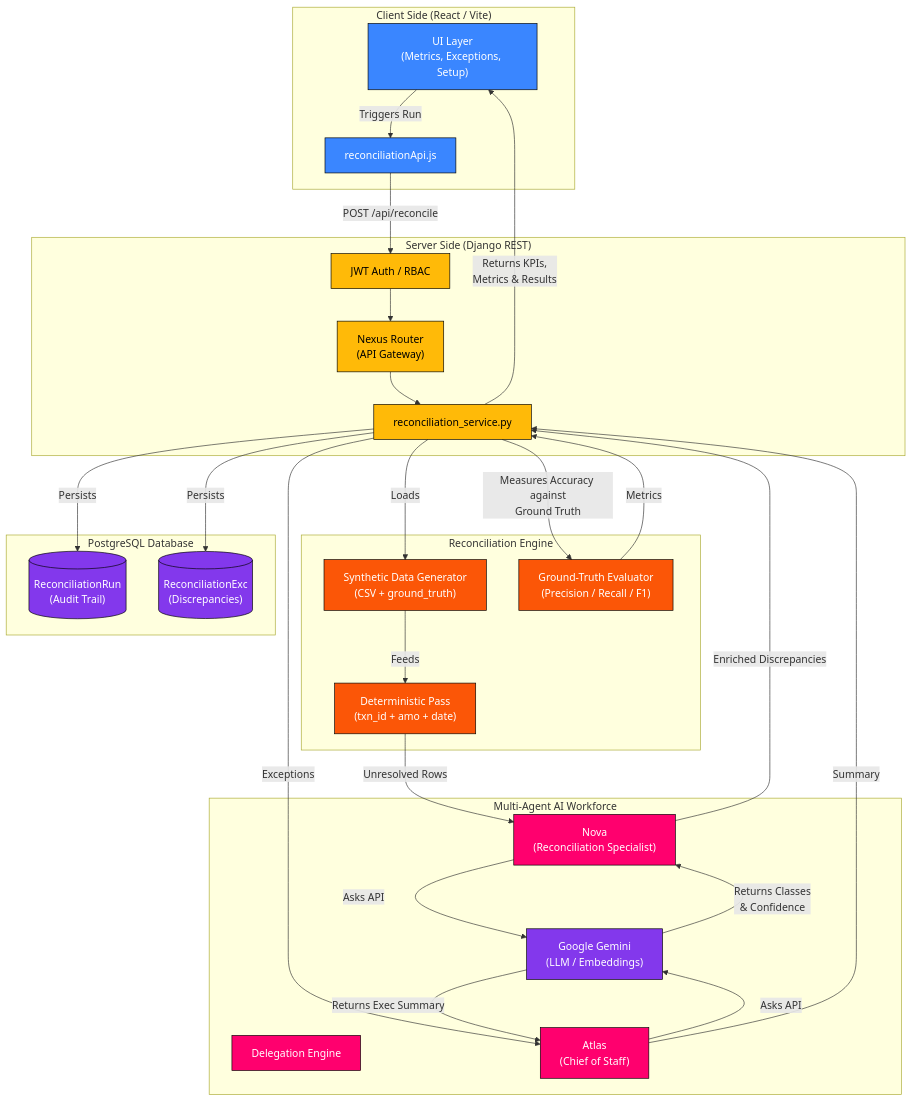
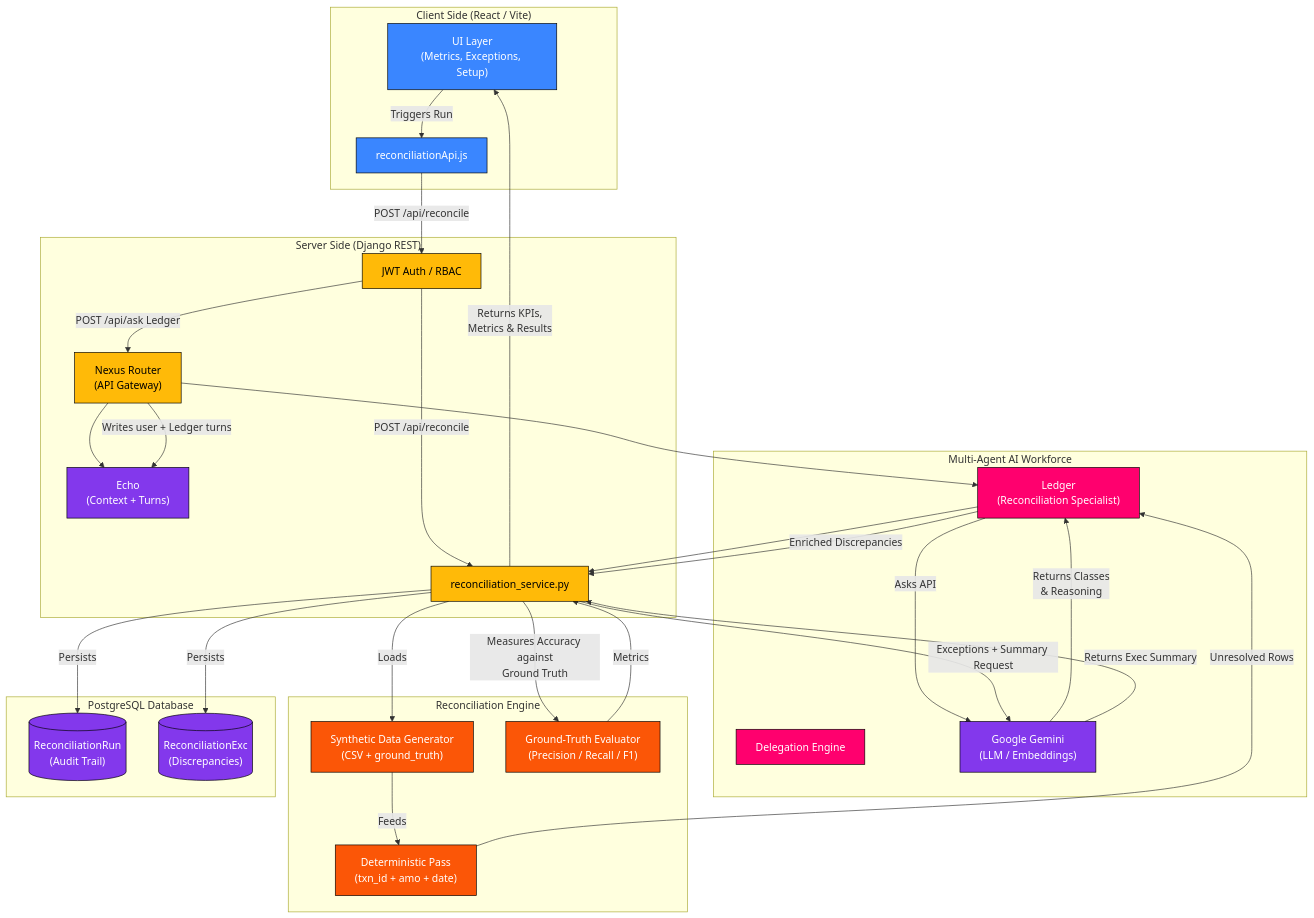
The diagram in docs/architecture_diagram.md (Sarthaks-24/AIFinancialTeam), drawn with Mermaid before and after one commit. The commit also changed 4 other files, not shown here.

Commit message:
feat: update documentation to reflect the addition of the Ledger specialist and enhancements in reconciliation processes

````diff
--- a/docs/architecture_diagram.md
+++ b/docs/architecture_diagram.md
@@ -3,64 +3,66 @@
 ```mermaid
 flowchart TD
     %% Define Styles
     classDef frontend fill:#3a86ff,stroke:#000,stroke-width:1px,color:#fff;
     classDef backend fill:#ffba08,stroke:#000,stroke-width:1px,color:#000;
     classDef agent fill:#ff006e,stroke:#000,stroke-width:1px,color:#fff;
     classDef memory fill:#8338ec,stroke:#000,stroke-width:1px,color:#fff;
     classDef data fill:#fb5607,stroke:#000,stroke-width:1px,color:#fff;
     
     subgraph Client ["Client Side (React / Vite)"]
         UI["UI Layer<br/>(Metrics, Exceptions, Setup)"]:::frontend
         API_Call["reconciliationApi.js"]:::frontend
     end
     
     subgraph Server ["Server Side (Django REST)"]
         Router["Nexus Router<br/>(API Gateway)"]:::backend
         RecService["reconciliation_service.py"]:::backend
         Auth["JWT Auth / RBAC"]:::backend
+        Echo["Echo<br/>(Context + Turns)"]:::memory
     end
     
     subgraph Logic ["Reconciliation Engine"]
         SynData["Synthetic Data Generator<br/>(CSV + ground_truth)"]:::data
         DetMatch["Deterministic Pass<br/>(txn_id + amo + date)"]:::data
         Eval["Ground-Truth Evaluator<br/>(Precision / Recall / F1)"]:::data
     end
     
     subgraph AI_Workforce ["Multi-Agent AI Workforce"]
         DelEngine["Delegation Engine"]:::agent
-        Nova["Nova<br/>(Reconciliation Specialist)"]:::agent
-        Atlas["Atlas<br/>(Chief of Staff)"]:::agent
+        Ledger["Ledger<br/>(Reconciliation Specialist)"]:::agent
         Gemini["Google Gemini<br/>(LLM / Embeddings)"]:::memory
     end
     
     subgraph Persistence ["PostgreSQL Database"]
         RecRun[("ReconciliationRun<br/>(Audit Trail)")]:::memory
         RecExc[("ReconciliationExc<br/>(Discrepancies)")]:::memory
     end
     
     %% Flows
     UI -->|Triggers Run| API_Call
     API_Call -->|POST /api/reconcile| Auth
-    Auth --> Router
-    Router --> RecService
+    Auth -->|POST /api/ask Ledger| Router
+    Auth -->|POST /api/reconcile| RecService
+    Router --> Echo
+    Router --> Ledger
+    Ledger --> RecService
     
     RecService -->|"Loads"| SynData
     SynData -->|"Feeds"| DetMatch
-    DetMatch -->|"Unresolved Rows"| Nova
-    Nova -->|"Asks API"| Gemini
-    Gemini -->|"Returns Classes<br/>& Confidence"| Nova
-    Nova -->|"Enriched Discrepancies"| RecService
+    DetMatch -->|"Unresolved Rows"| Ledger
+    Ledger -->|"Asks API"| Gemini
+    Gemini -->|"Returns Classes<br/>& Reasoning"| Ledger
+    Ledger -->|"Enriched Discrepancies"| RecService
     
-    RecService -->|"Exceptions"| Atlas
-    Atlas -->|"Asks API"| Gemini
-    Gemini -->|"Returns Exec Summary"| Atlas
-    Atlas -->|"Summary"| RecService
+    RecService -->|"Exceptions + Summary Request"| Gemini
+    Gemini -->|"Returns Exec Summary"| RecService
     
     RecService -->|"Measures Accuracy against<br/>Ground Truth"| Eval
     Eval -->|"Metrics"| RecService
     
     RecService -->|"Persists"| RecRun
     RecService -->|"Persists"| RecExc
     
     RecService -->|"Returns KPIs,<br/>Metrics & Results"| UI
+    Router -->|"Writes user + Ledger turns"| Echo
 ```
````
